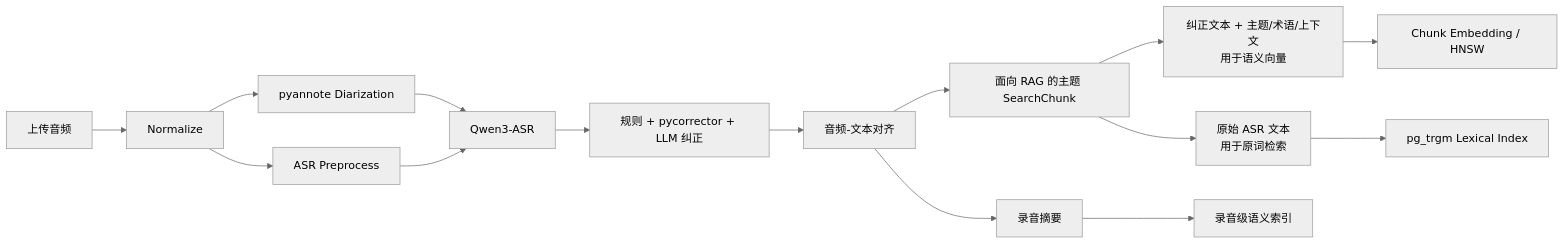
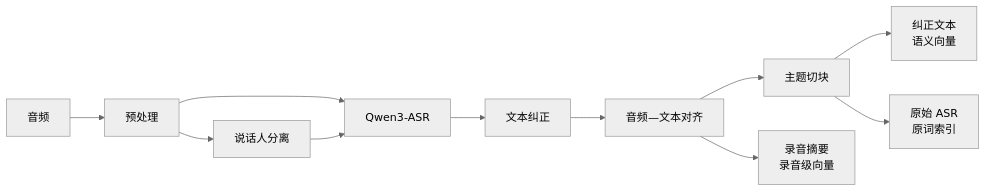
One commit to Sxs7513/AIRecordSummary changed the first of 3 diagrams in README.md. Above: the diagram before and after it, drawn with Mermaid (neutral theme). The commit also changed other lines of this file and 34 other files, not shown here.

````diff
--- a/README.md
+++ b/README.md
@@ -112,17 +33,13 @@
 ```mermaid
 flowchart LR
-    A["上传音频"] --> N["Normalize"]
-    N --> D["pyannote Diarization"]
-    N --> P["ASR Preprocess"]
-    D --> ASR["Qwen3-ASR"]
-    P --> ASR
-    ASR --> C["规则 + pycorrector + LLM 纠正"]
-    C --> AL["音频-文本对齐"]
-    AL --> CH["面向 RAG 的主题 SearchChunk"]
-    CH --> SEM["纠正文本 + 主题/术语/上下文<br/>用于语义向量"]
-    CH --> LEX["原始 ASR 文本<br/>用于原词检索"]
-    SEM --> EM["Chunk Embedding / HNSW"]
-    LEX --> TRGM["pg_trgm Lexical Index"]
-    AL --> S["录音摘要"]
-    S --> SE["录音级语义索引"]
+    A["音频"] --> N["预处理"]
+    N --> D["说话人分离"]
+    N --> ASR["Qwen3-ASR"]
+    D --> ASR
+    ASR --> C["文本纠正"]
+    C --> AL["音频—文本对齐"]
+    AL --> CH["主题切块"]
+    CH --> SEM["纠正文本<br/>语义向量"]
+    CH --> LEX["原始 ASR<br/>原词索引"]
+    AL --> S["录音摘要<br/>录音级向量"]
 ```
````
